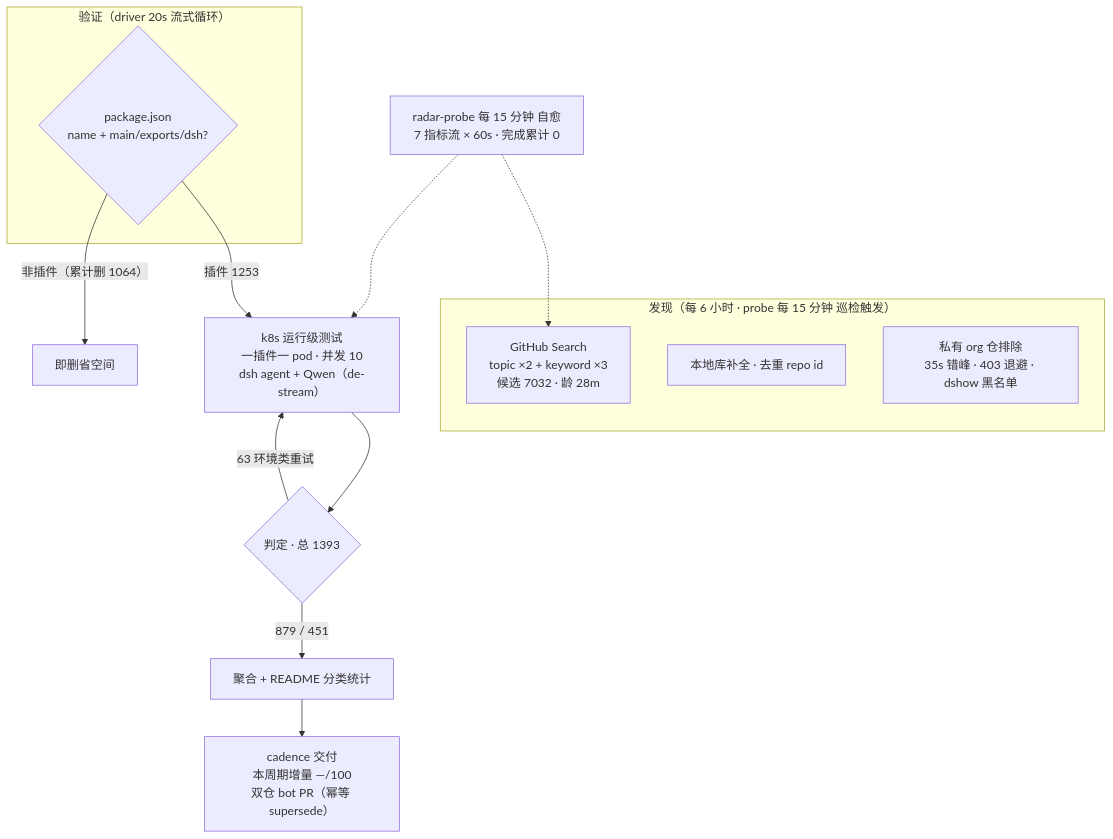
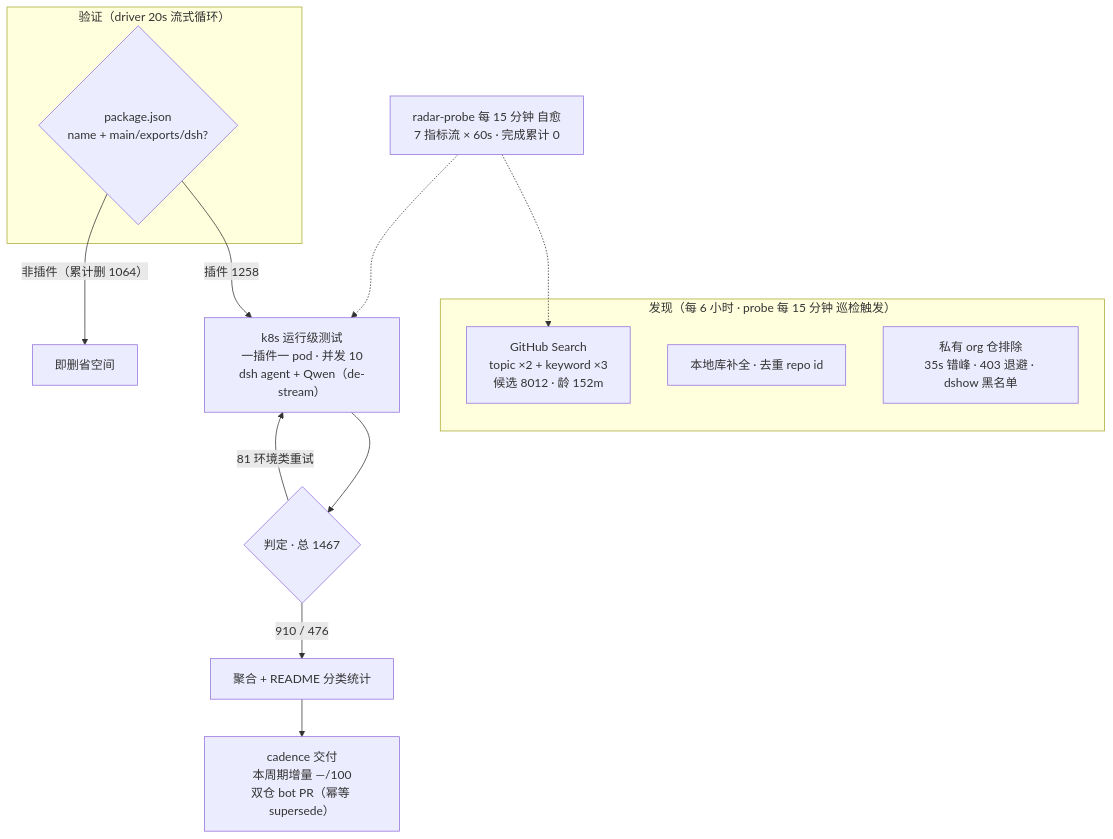
Before and after one commit to Zhidao-Lab-OSS/awesome-dsh-plugins: the diagram in README.md, drawn with Mermaid. The commit also changed other lines of this file and 1 other file, not shown here.

````diff
--- a/README.md
+++ b/README.md
@@ -30,19 +30,19 @@
 ```mermaid
 flowchart TB
     subgraph Discovery[" 发现（每 6 小时 · probe 每 15 分钟 巡检触发）"]
-        A1["GitHub Search<br/>topic ×2 + keyword ×3<br/>候选 7032 · 龄 28m"]
+        A1["GitHub Search<br/>topic ×2 + keyword ×3<br/>候选 8012 · 龄 152m"]
         A2["本地库补全 · 去重 repo id"]
         A3[" 私有 org 仓排除<br/>35s 错峰 · 403 退避 · dshow 黑名单"]
     end
     subgraph Validation[" 验证（driver 20s 流式循环）"]
         B1{"package.json<br/>name + main/exports/dsh?"}
     end
-    B1 -->|"插件 1253"| C1["k8s 运行级测试<br/>一插件一 pod · 并发 10<br/>dsh agent + Qwen（de-stream）"]
+    B1 -->|"插件 1258"| C1["k8s 运行级测试<br/>一插件一 pod · 并发 10<br/>dsh agent + Qwen（de-stream）"]
     B1 -->|"非插件（累计删 1064）"| B3[" 即删省空间"]
-    C1 --> D1{"判定 · 总 1393"}
-    D1 -->|" 879 /  451"| E1["聚合 + README 分类统计"]
-    D1 -->|" 63 环境类重试"| C1
+    C1 --> D1{"判定 · 总 1467"}
+    D1 -->|" 910 /  476"| E1["聚合 + README 分类统计"]
+    D1 -->|" 81 环境类重试"| C1
     E1 --> E2["cadence 交付<br/>本周期增量 —/100<br/>双仓 bot PR（幂等 supersede）"]
     M[" radar-probe 每 15 分钟 自愈<br/>7 指标流 × 60s · 完成累计 0"] -.-> A1
     M -.-> C1
 ```
````
